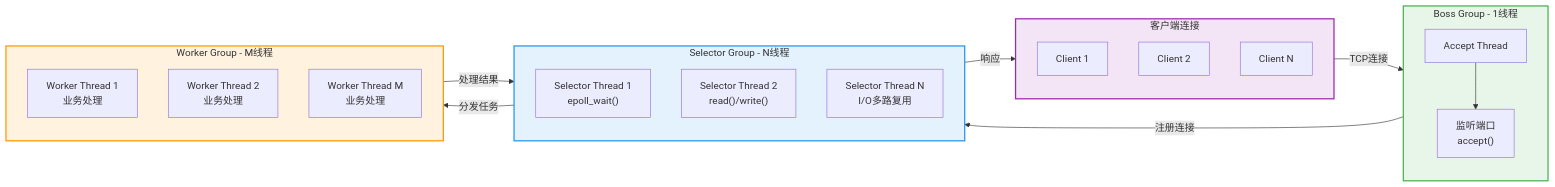
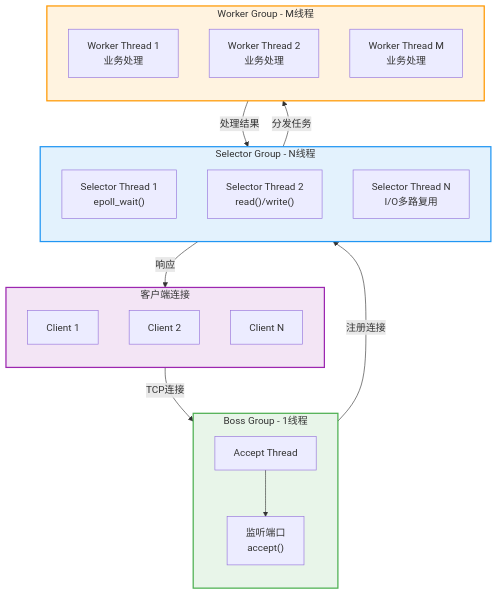
One commit to wilimm/rocketmq changed diagram 17 of 21 in docs2/01-线程与并发.md. Above: the diagram before and after it, drawn with Mermaid. The commit also changed other lines of this file and 15 other files, not shown here.

````diff
--- a/docs2/01-线程与并发.md
+++ b/docs2/01-线程与并发.md
@@ -827,42 +1376,42 @@
 ```mermaid
-flowchart LR
+flowchart TB
     subgraph Clients["客户端连接"]
         direction TB
         C1["Client 1"]
         C2["Client 2"]
         C3["Client N"]
     end
     
     subgraph BossGroup["Boss Group - 1线程"]
         direction TB
         B1["Accept Thread"]
         B2["监听端口<br/>accept()"]
         B1 --> B2
     end
     
     subgraph SelectorGroup["Selector Group - N线程"]
         direction TB
         S1["Selector Thread 1<br/>epoll_wait()"]
         S2["Selector Thread 2<br/>read()/write()"]
         S3["Selector Thread N<br/>I/O多路复用"]
     end
     
     subgraph WorkerGroup["Worker Group - M线程"]
         direction TB
         W1["Worker Thread 1<br/>业务处理"]
         W2["Worker Thread 2<br/>业务处理"]
         W3["Worker Thread M<br/>业务处理"]
     end
     
     Clients -->|"TCP连接"| BossGroup
     BossGroup -->|"注册连接"| SelectorGroup
     SelectorGroup -->|"分发任务"| WorkerGroup
     WorkerGroup -->|"处理结果"| SelectorGroup
     SelectorGroup -->|"响应"| Clients
     
     %% 样式定义
     style Clients fill:#f3e5f5,stroke:#9c27b0,stroke-width:2px
     style BossGroup fill:#e8f5e9,stroke:#4caf50,stroke-width:2px
     style SelectorGroup fill:#e3f2fd,stroke:#2196f3,stroke-width:2px
     style WorkerGroup fill:#fff3e0,stroke:#ff9800,stroke-width:2px
 ```
````
